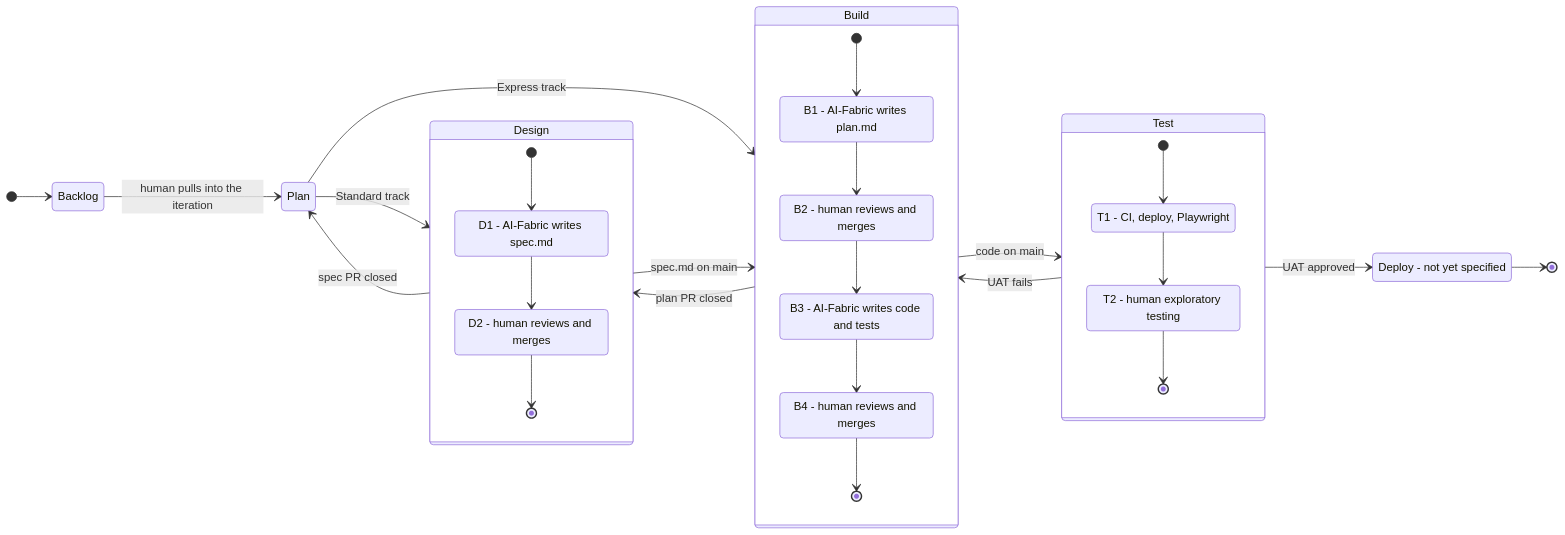
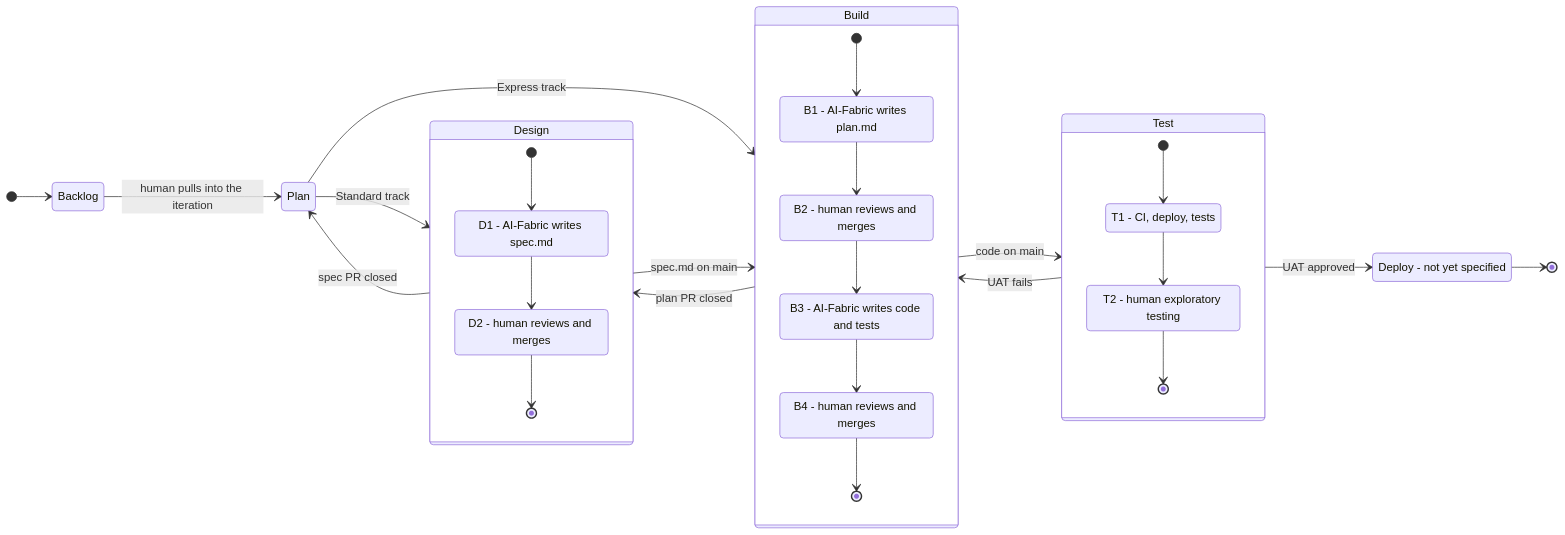
The diagram in README.md (rwerlang/ai-sdlc), drawn with Mermaid before and after one commit. The commit also changed other lines of this file and 1 other file, not shown here.

Commit message:
make playwright optional

````diff
--- a/README.md
+++ b/README.md
@@ -46,49 +48,49 @@
 ```mermaid
 stateDiagram-v2
     direction LR
 
     [*] --> Backlog
     Backlog --> Plan: human pulls into the iteration
 
     Plan --> Design: Standard track
     Plan --> Build: Express track
 
     state Design {
         [*] --> D1_spec
         D1_spec: D1 - AI-Fabric writes spec.md
         D1_spec --> D2_review
         D2_review: D2 - human reviews and merges
         D2_review --> [*]
     }
 
     state Build {
         [*] --> B1_plan
         B1_plan: B1 - AI-Fabric writes plan.md
         B1_plan --> B2_review
         B2_review: B2 - human reviews and merges
         B2_review --> B3_code
         B3_code: B3 - AI-Fabric writes code and tests
         B3_code --> B4_review
         B4_review: B4 - human reviews and merges
         B4_review --> [*]
     }
 
     state Test {
         [*] --> T1_ci
-        T1_ci: T1 - CI, deploy, Playwright
+        T1_ci: T1 - CI, deploy, tests
         T1_ci --> T2_uat
         T2_uat: T2 - human exploratory testing
         T2_uat --> [*]
     }
 
     Design --> Build: spec.md on main
     Build --> Test: code on main
     Test --> Deploy: UAT approved
 
     Deploy: Deploy - not yet specified
     Deploy --> [*]
 
     Design --> Plan: spec PR closed
     Build --> Design: plan PR closed
     Test --> Build: UAT fails
 ```
````
